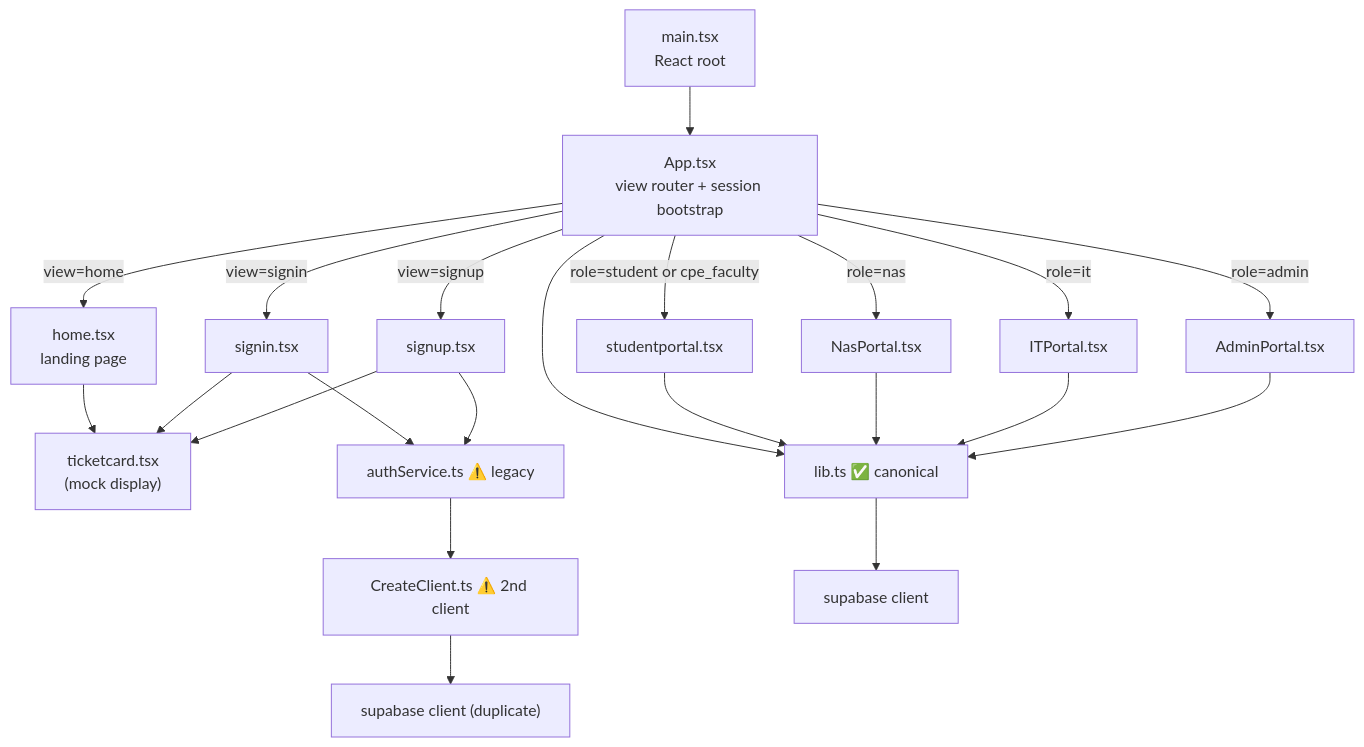
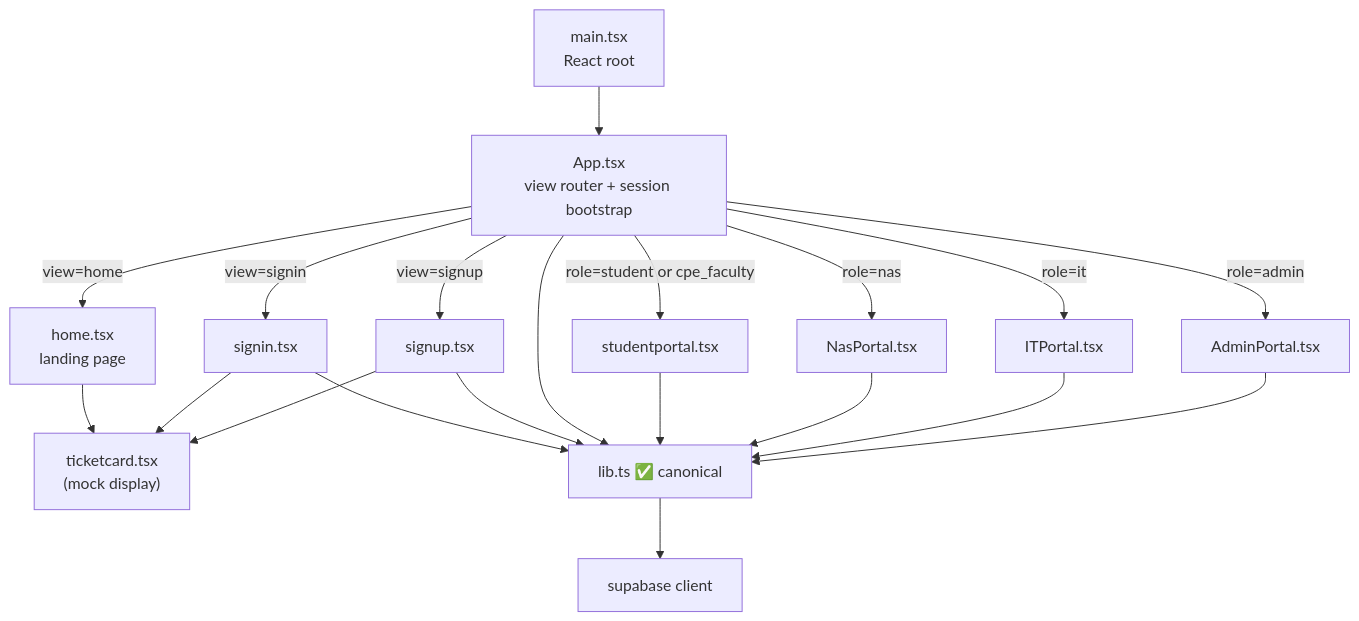
Before and after one commit to SeanixReal/Jobelonese: the third of 5 diagrams in docs/ARCHITECTURE.md, drawn with Mermaid. The commit also changed other lines of this file and 20 other files, not shown here.

````diff
--- a/docs/ARCHITECTURE.md
+++ b/docs/ARCHITECTURE.md
@@ -137,27 +136,25 @@
 ```mermaid
 flowchart TD
     main["main.tsx<br/>React root"] --> App["App.tsx<br/>view router + session bootstrap"]
     App -->|view=home| Home["home.tsx<br/>landing page"]
     App -->|view=signin| SignIn["signin.tsx"]
     App -->|view=signup| SignUp["signup.tsx"]
     App -->|role=student or cpe_faculty| StudentPortal["studentportal.tsx"]
     App -->|role=nas| NasPortal["NasPortal.tsx"]
     App -->|role=it| ITPortal["ITPortal.tsx"]
     App -->|role=admin| AdminPortal["AdminPortal.tsx"]
 
     Home --> TicketCard["ticketcard.tsx<br/>(mock display)"]
     SignIn --> TicketCard
     SignUp --> TicketCard
 
-    SignIn --> AuthSvc["authService.ts ⚠️ legacy"]
-    SignUp --> AuthSvc
+    SignIn --> Lib["lib.ts ✅ canonical"]
+    SignUp --> Lib
     App --> Lib["lib.ts ✅ canonical"]
     StudentPortal --> Lib
     NasPortal --> Lib
     ITPortal --> Lib
     AdminPortal --> Lib
 
-    AuthSvc --> CreateClient["CreateClient.ts ⚠️ 2nd client"]
     Lib --> SupaClient["supabase client"]
-    CreateClient --> SupaClient2["supabase client (duplicate)"]
 ```
````
